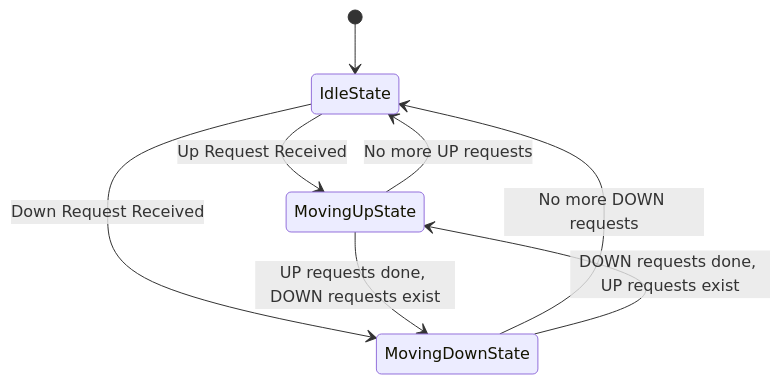
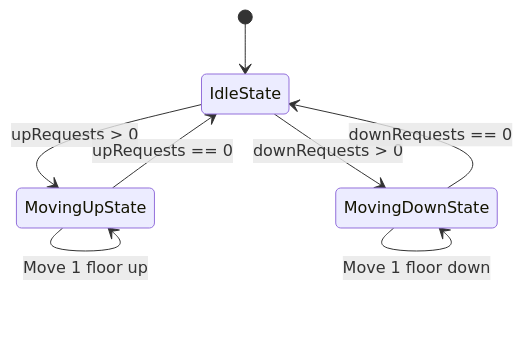
The third of 3 diagrams in solutions/java/src/elevatorsystem/ElevatorSystem_LLD_Interview.md (bhargavtenali/awesome-low-level-design), drawn with Mermaid before and after one commit. The commit also changed other lines of this file, not shown here.

````diff
--- a/solutions/java/src/elevatorsystem/ElevatorSystem_LLD_Interview.md
+++ b/solutions/java/src/elevatorsystem/ElevatorSystem_LLD_Interview.md
@@ -90,12 +117,13 @@
 ```mermaid
 stateDiagram-v2
     [*] --> IdleState
-    IdleState --> MovingUpState : Up Request Received
-    IdleState --> MovingDownState : Down Request Received
     
-    MovingUpState --> IdleState : No more UP requests
-    MovingUpState --> MovingDownState : UP requests done, DOWN requests exist
+    IdleState --> MovingUpState : upRequests > 0
+    IdleState --> MovingDownState : downRequests > 0
     
-    MovingDownState --> IdleState : No more DOWN requests
-    MovingDownState --> MovingUpState : DOWN requests done, UP requests exist
+    MovingUpState --> MovingUpState : Move 1 floor up
+    MovingUpState --> IdleState : upRequests == 0
+    
+    MovingDownState --> MovingDownState : Move 1 floor down
+    MovingDownState --> IdleState : downRequests == 0
 ```
````
